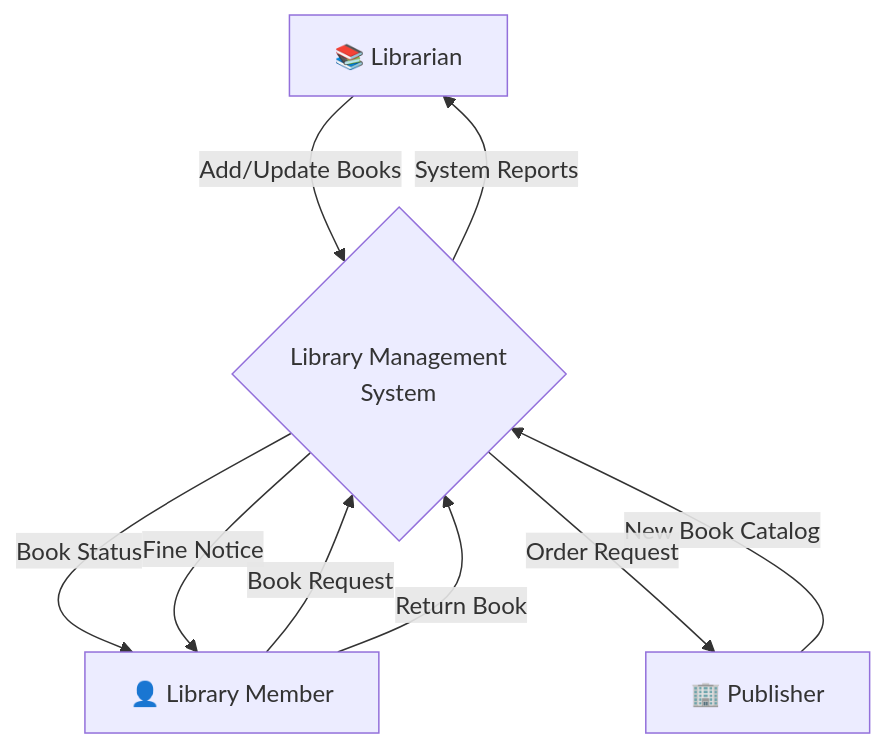
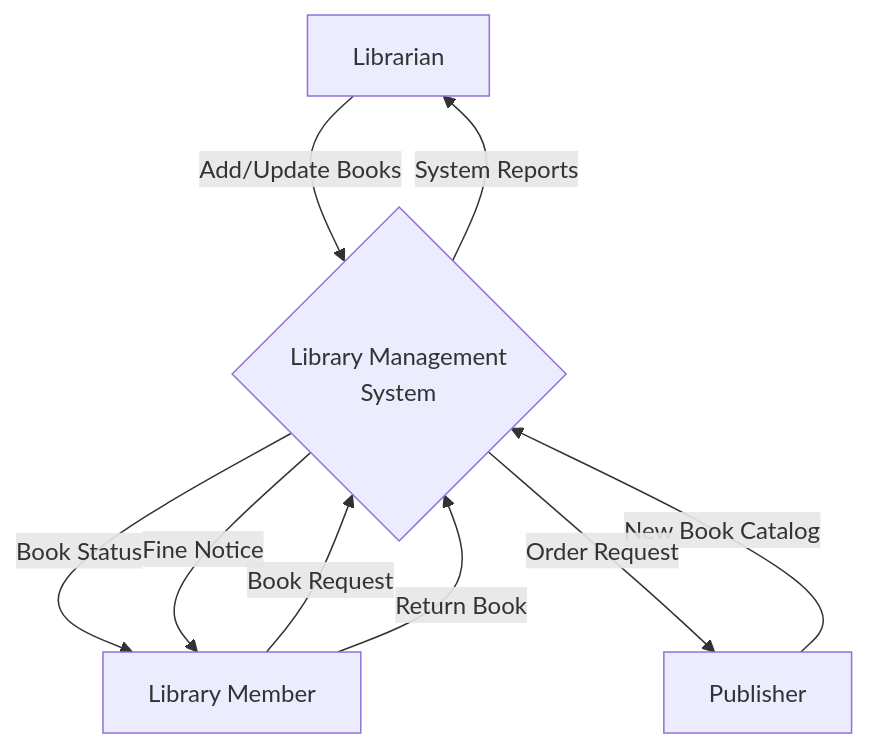
The tenth of 10 diagrams in public/blog/posts/DataFlowDiagram/index.md (REZ3X/rejaka_web), drawn with Mermaid before and after one commit. The commit also changed other lines of this file and 12 other files, not shown here.

````diff
--- a/public/blog/posts/DataFlowDiagram/index.md
+++ b/public/blog/posts/DataFlowDiagram/index.md
@@ -469,19 +503,19 @@
 ```mermaid
 flowchart TD
-    Librarian[📚 Librarian]
-    Member[👤 Library Member]
-    Publisher[🏢 Publisher]
-    
+    Librarian[Librarian]
+    Member[Library Member]
+    Publisher[Publisher]
+
     LMS{Library Management<br/>System}
-    
+
     Member -->|Book Request| LMS
     LMS -->|Book Status| Member
     Member -->|Return Book| LMS
     LMS -->|Fine Notice| Member
-    
+
     Librarian -->|Add/Update Books| LMS
     LMS -->|System Reports| Librarian
-    
+
     Publisher -->|New Book Catalog| LMS
     LMS -->|Order Request| Publisher
 ```
````
